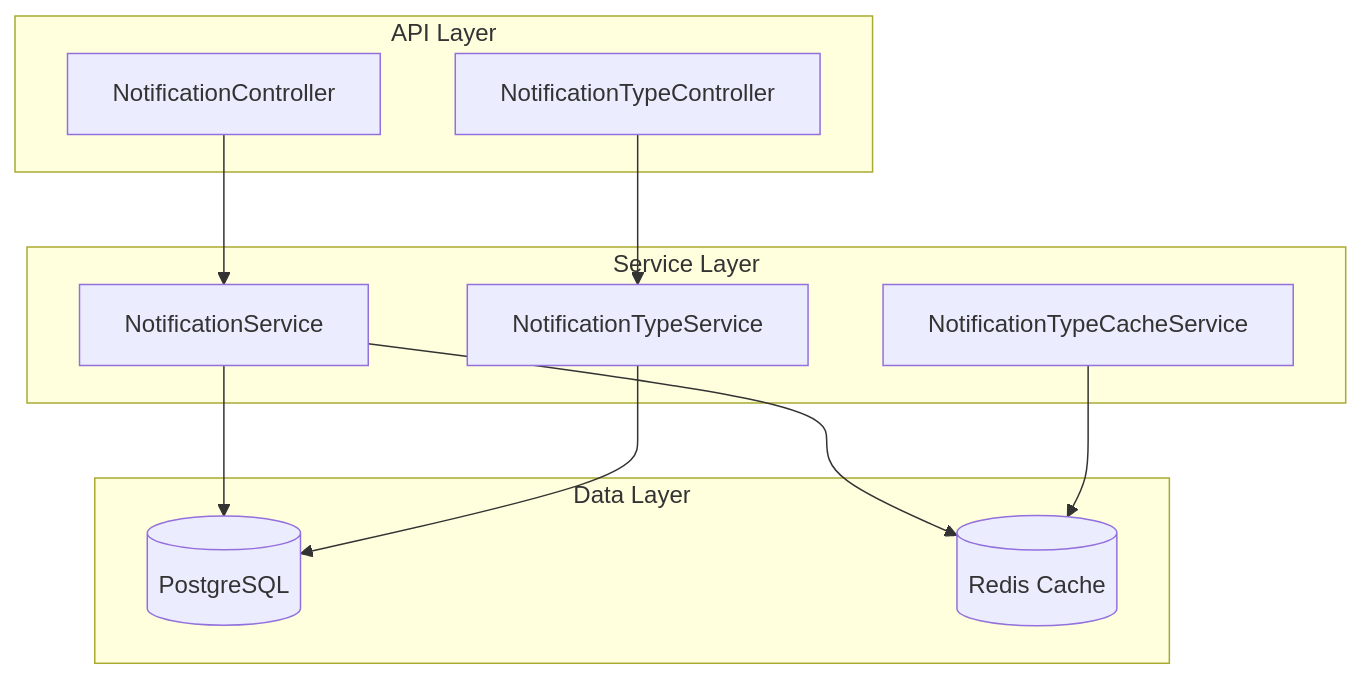
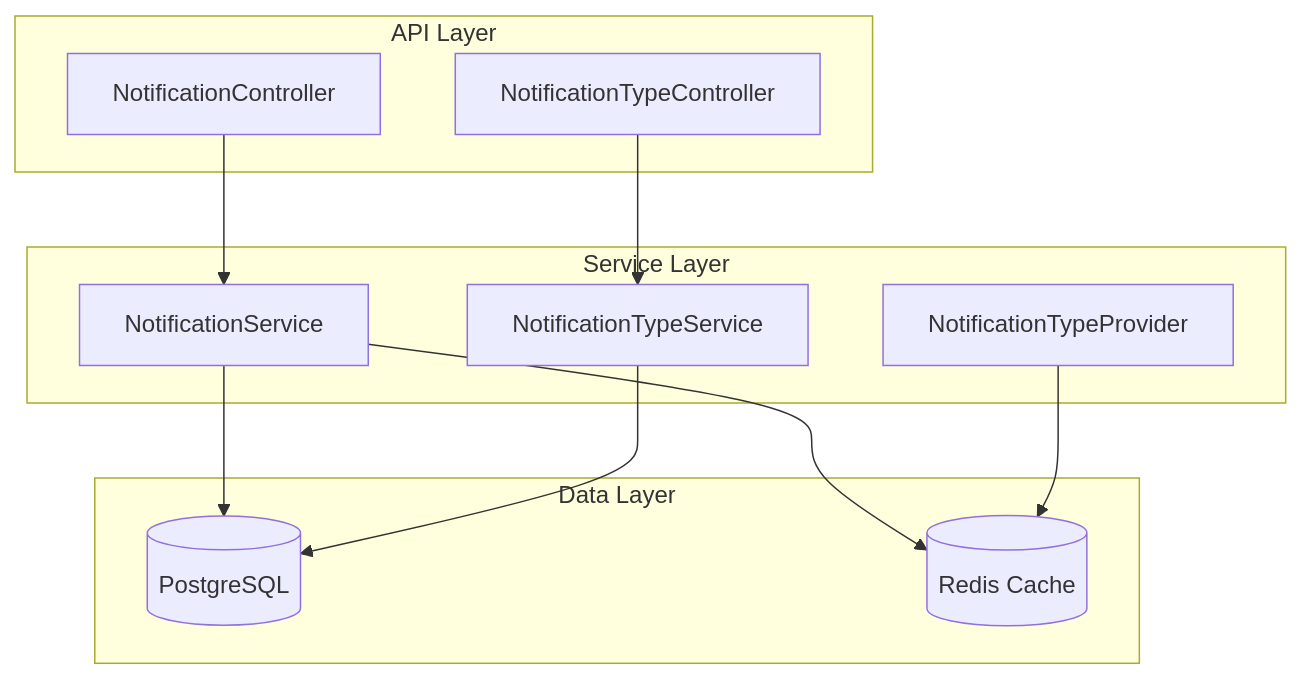
One commit to balbayrakoglu/be-coding-challenge-burak changed the first of 2 diagrams in README.md. Above: the diagram before and after it, drawn with Mermaid. The commit also changed other lines of this file and 115 other files, not shown here.

````diff
--- a/README.md
+++ b/README.md
@@ -37,23 +37,23 @@
 ```mermaid
 flowchart TD
     subgraph API Layer
         A1[NotificationController]
         A2[NotificationTypeController]
     end
     subgraph Service Layer
         B1[NotificationService]
         B2[NotificationTypeService]
-        B3[NotificationTypeCacheService]
+        B3[NotificationTypeProvider]
     end
     subgraph Data Layer
         C1[(PostgreSQL)]
         C2[(Redis Cache)]
     end
 
     A1 --> B1
     A2 --> B2
     B1 --> C1
     B1 --> C2
     B2 --> C1
     B3 --> C2
 ```
````
